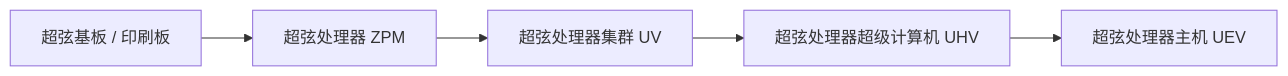
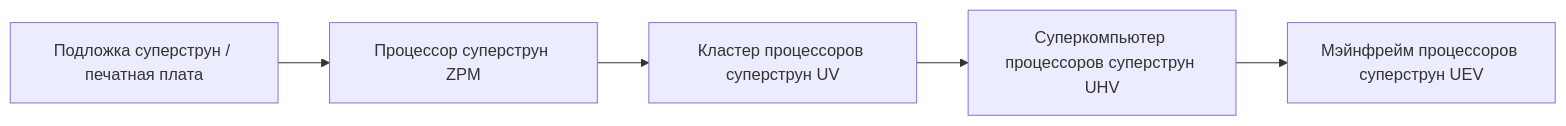
Before and after one commit to takanashisatou/GregtechEasy-Docs: the first of 2 diagrams in docs/ru/gtecore/circuits-and-materials.md, drawn with Mermaid. The commit also changed other lines of this file and 99 other files, not shown here.

````diff
--- a/docs/ru/gtecore/circuits-and-materials.md
+++ b/docs/ru/gtecore/circuits-and-materials.md
@@ -11,7 +11,7 @@
 ```mermaid
 graph LR
-    A[超弦基板 / 印刷板] --> B[超弦处理器 ZPM]
-    B --> C[超弦处理器集群 UV]
-    C --> D[超弦处理器超级计算机 UHV]
-    D --> E[超弦处理器主机 UEV]
+    A[Подложка суперструн / печатная плата] --> B[Процессор суперструн ZPM]
+    B --> C[Кластер процессоров суперструн UV]
+    C --> D[Суперкомпьютер процессоров суперструн UHV]
+    D --> E[Мэйнфрейм процессоров суперструн UEV]
 ```
````
